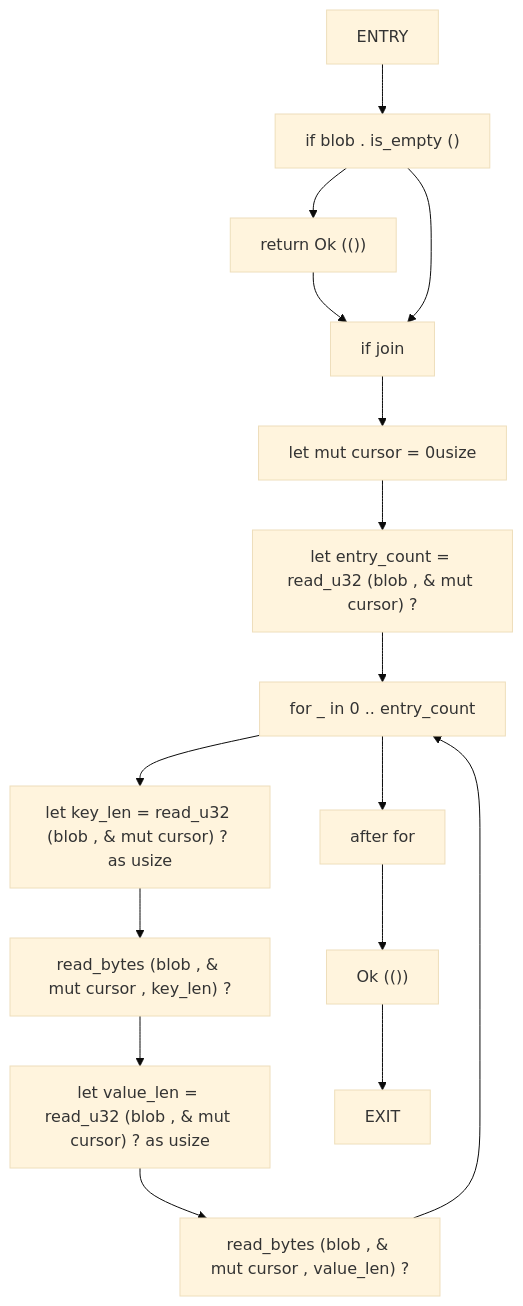
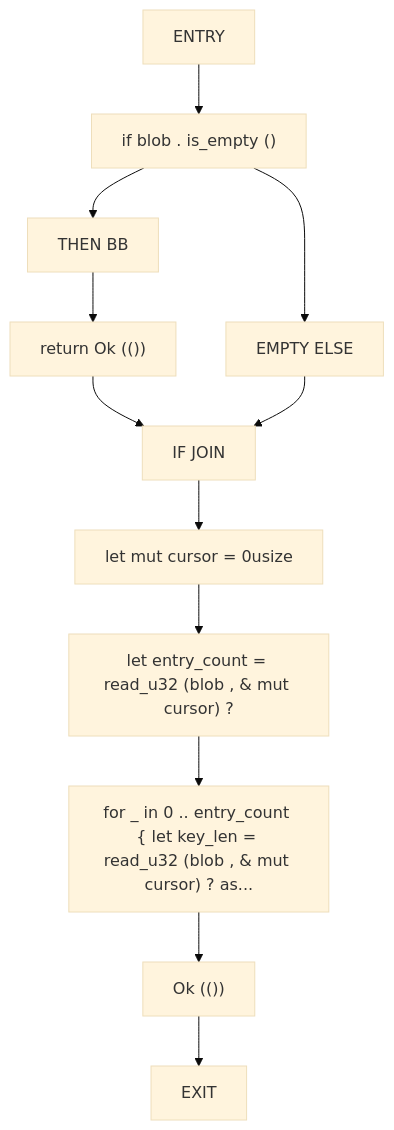
Before and after one commit to cicero-violate/MMSB: diagram 18 of 18 in docs/analysis/cfg/060-src-06_utility.md, drawn with Mermaid (base theme). The commit also changed other lines of this file and 865 other files, not shown here.

````diff
--- a/docs/analysis/cfg/060-src-06_utility.md
+++ b/docs/analysis/cfg/060-src-06_utility.md
@@ -489,32 +478,25 @@
 ```mermaid
 flowchart TD
     validate_metadata_blob_0["ENTRY"]
     validate_metadata_blob_1["if blob . is_empty ()"]
-    validate_metadata_blob_2["return Ok (())"]
-    validate_metadata_blob_3["if join"]
-    validate_metadata_blob_4["let mut cursor = 0usize"]
-    validate_metadata_blob_5["let entry_count = read_u32 (blob , & mut cursor) ?"]
-    validate_metadata_blob_6["for _ in 0 .. entry_count"]
-    validate_metadata_blob_7["let key_len = read_u32 (blob , & mut cursor) ? as usize"]
-    validate_metadata_blob_8["read_bytes (blob , & mut cursor , key_len) ?"]
-    validate_metadata_blob_9["let value_len = read_u32 (blob , & mut cursor) ? as usize"]
-    validate_metadata_blob_10["read_bytes (blob , & mut cursor , value_len) ?"]
-    validate_metadata_blob_11["after for"]
-    validate_metadata_blob_12["Ok (())"]
-    validate_metadata_blob_13["EXIT"]
+    validate_metadata_blob_2["THEN BB"]
+    validate_metadata_blob_3["return Ok (())"]
+    validate_metadata_blob_4["EMPTY ELSE"]
+    validate_metadata_blob_5["IF JOIN"]
+    validate_metadata_blob_6["let mut cursor = 0usize"]
+    validate_metadata_blob_7["let entry_count = read_u32 (blob , & mut cursor) ?"]
+    validate_metadata_blob_8["for _ in 0 .. entry_count { let key_len = read_u32 (blob , & mut cursor) ? as..."]
+    validate_metadata_blob_9["Ok (())"]
+    validate_metadata_blob_10["EXIT"]
     validate_metadata_blob_0 --> validate_metadata_blob_1
     validate_metadata_blob_1 --> validate_metadata_blob_2
     validate_metadata_blob_2 --> validate_metadata_blob_3
-    validate_metadata_blob_1 --> validate_metadata_blob_3
-    validate_metadata_blob_3 --> validate_metadata_blob_4
+    validate_metadata_blob_1 --> validate_metadata_blob_4
+    validate_metadata_blob_3 --> validate_metadata_blob_5
     validate_metadata_blob_4 --> validate_metadata_blob_5
     validate_metadata_blob_5 --> validate_metadata_blob_6
     validate_metadata_blob_6 --> validate_metadata_blob_7
     validate_metadata_blob_7 --> validate_metadata_blob_8
     validate_metadata_blob_8 --> validate_metadata_blob_9
     validate_metadata_blob_9 --> validate_metadata_blob_10
-    validate_metadata_blob_10 --> validate_metadata_blob_6
-    validate_metadata_blob_6 --> validate_metadata_blob_11
-    validate_metadata_blob_11 --> validate_metadata_blob_12
-    validate_metadata_blob_12 --> validate_metadata_blob_13
 ```
````
